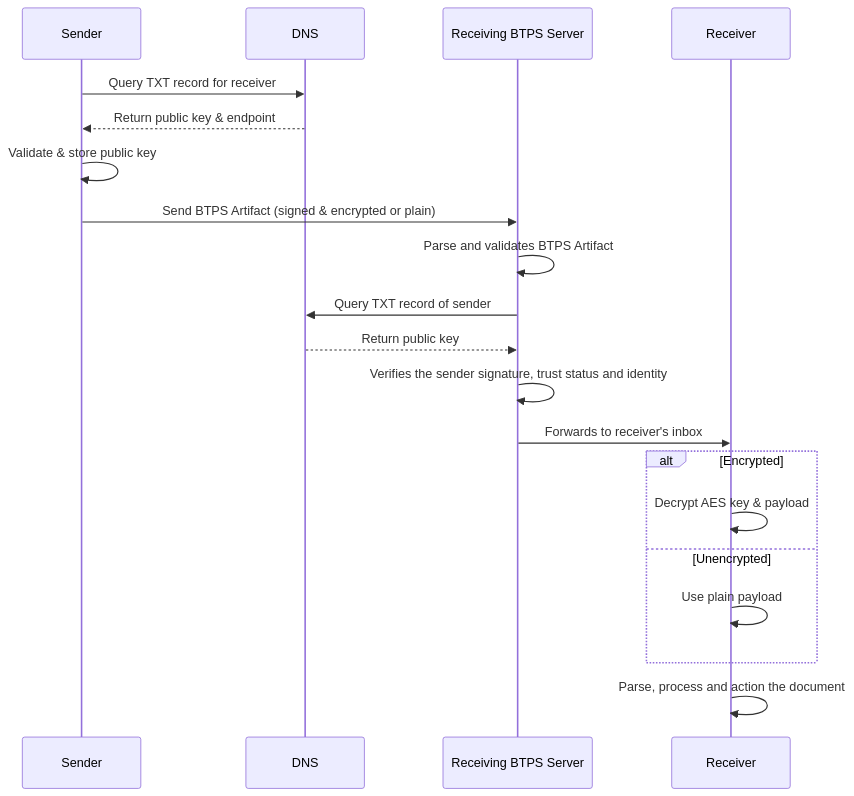
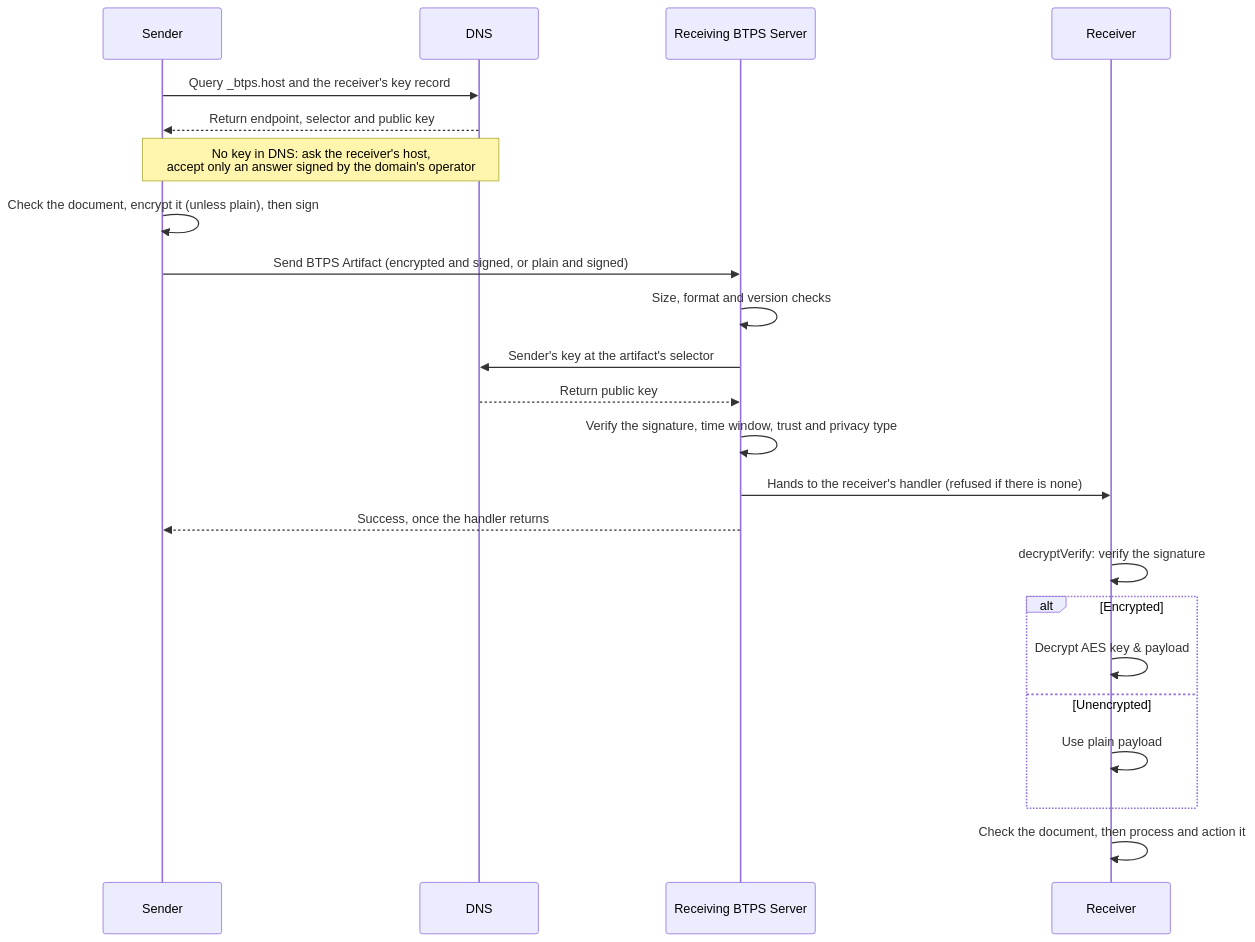
Before and after one commit to openbtps/btps-node: the diagram in docs/docusaurus/docs/protocol/security/overview.md, drawn with Mermaid. The commit also changed other lines of this file and 26 other files, not shown here.

First line of the commit message:
Docs: bring every diagram in line with 1.1

````diff
--- a/docs/docusaurus/docs/protocol/security/overview.md
+++ b/docs/docusaurus/docs/protocol/security/overview.md
@@ -12,22 +12,25 @@
 ```mermaid
 sequenceDiagram
     participant Sender
     participant DNS
     participant Receiving BTPS Server
     participant Receiver
-    Sender->>DNS: Query TXT record for receiver
-    DNS-->>Sender: Return public key & endpoint
-    Sender->>Sender: Validate & store public key
-    Sender->>Receiving BTPS Server: Send BTPS Artifact (signed & encrypted or plain)
-    Receiving BTPS Server->>Receiving BTPS Server: Parse and validates BTPS Artifact
-    Receiving BTPS Server->>DNS: Query TXT record of sender
+    Sender->>DNS: Query _btps.host and the receiver's key record
+    DNS-->>Sender: Return endpoint, selector and public key
+    Note over Sender,DNS: No key in DNS: ask the receiver's host,<br/>accept only an answer signed by the domain's operator
+    Sender->>Sender: Check the document, encrypt it (unless plain), then sign
+    Sender->>Receiving BTPS Server: Send BTPS Artifact (encrypted and signed, or plain and signed)
+    Receiving BTPS Server->>Receiving BTPS Server: Size, format and version checks
+    Receiving BTPS Server->>DNS: Sender's key at the artifact's selector
     DNS-->>Receiving BTPS Server: Return public key
-    Receiving BTPS Server->>Receiving BTPS Server: Verifies the sender signature, trust status and identity
-    Receiving BTPS Server->>Receiver: Forwards to receiver's inbox
+    Receiving BTPS Server->>Receiving BTPS Server: Verify the signature, time window, trust and privacy type
+    Receiving BTPS Server->>Receiver: Hands to the receiver's handler (refused if there is none)
+    Receiving BTPS Server-->>Sender: Success, once the handler returns
+    Receiver->>Receiver: decryptVerify: verify the signature
     alt Encrypted
         Receiver->>Receiver: Decrypt AES key & payload
     else Unencrypted
         Receiver->>Receiver: Use plain payload
     end
-    Receiver->>Receiver: Parse, process and action the document
+    Receiver->>Receiver: Check the document, then process and action it
 ```
````
